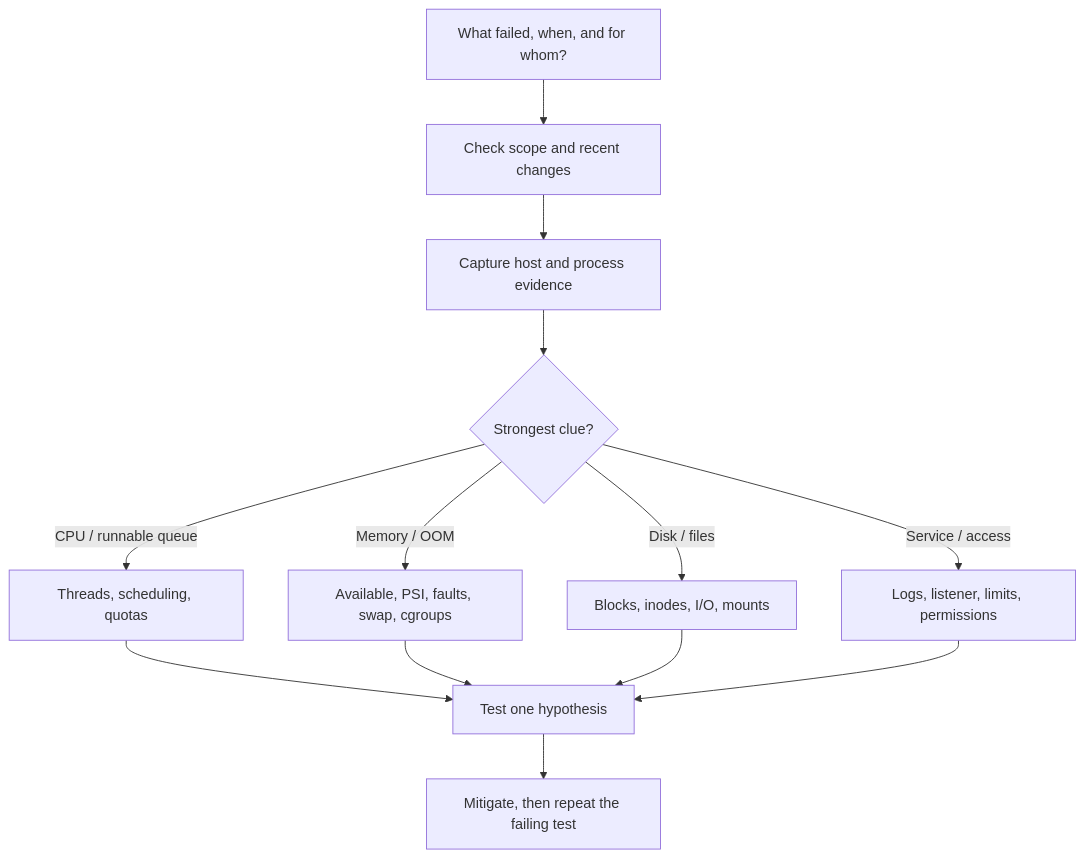
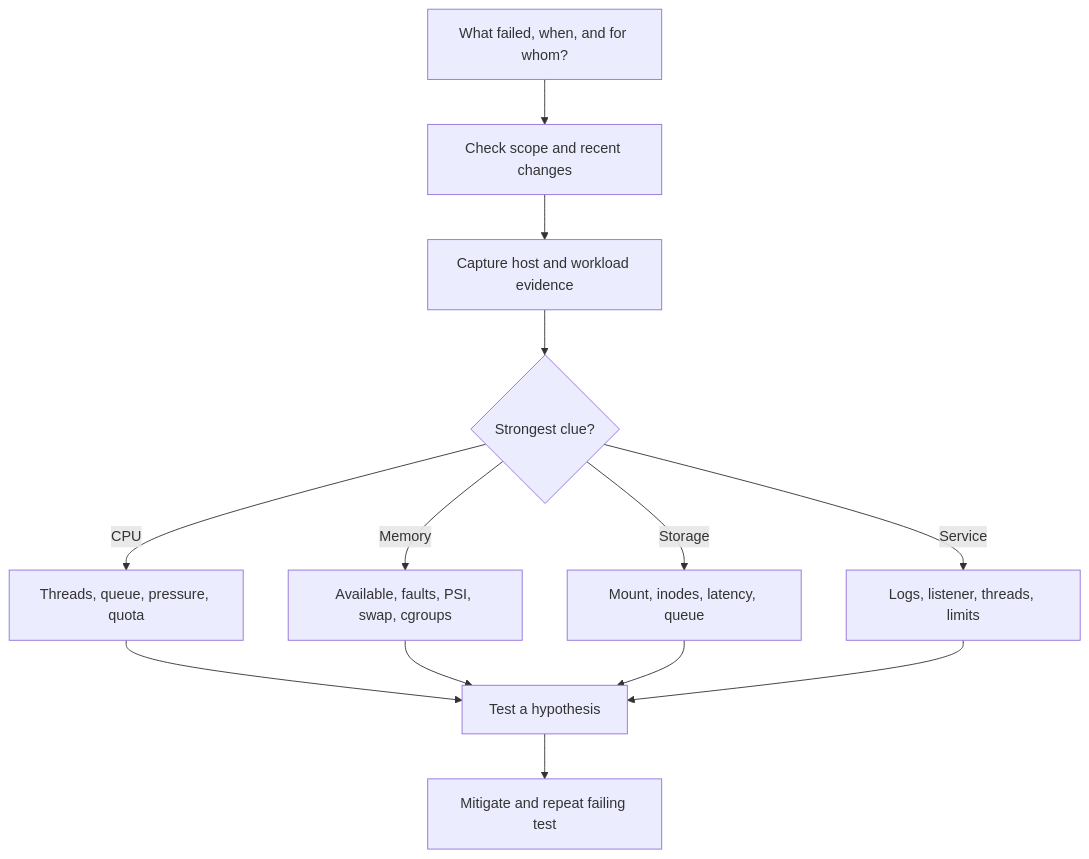
The ninth of 9 diagrams in src/content/blog/2026-09-04-systems-troubleshooting-useful-stuff.md (tiendu/tiendu.github.io), drawn with Mermaid before and after one commit. The commit also changed other lines of this file, not shown here.

````diff
--- a/src/content/blog/2026-09-04-systems-troubleshooting-useful-stuff.md
+++ b/src/content/blog/2026-09-04-systems-troubleshooting-useful-stuff.md
@@ -545,17 +829,17 @@
 ```mermaid
 flowchart TD
-    accTitle: A practical Linux incident workflow
-    accDescr: Define the symptom, locate the bottleneck, test one hypothesis, mitigate safely and verify.
+    accTitle: Evidence-driven Linux troubleshooting
+    accDescr: Establish the symptom and scope, capture evidence, follow the strongest clue, and verify the mitigation against the original failure.
     A["What failed, when, and for whom?"] --> B["Check scope and recent changes"]
-    B --> C["Capture host and process evidence"]
+    B --> C["Capture host and workload evidence"]
     C --> D{"Strongest clue?"}
-    D -->|"CPU / runnable queue"| E["Threads, scheduling, quotas"]
-    D -->|"Memory / OOM"| F["Available, PSI, faults, swap, cgroups"]
-    D -->|"Disk / files"| G["Blocks, inodes, I/O, mounts"]
-    D -->|"Service / access"| H["Logs, listener, limits, permissions"]
-    E --> I["Test one hypothesis"]
+    D -->|CPU| E["Threads, queue, pressure, quota"]
+    D -->|Memory| F["Available, faults, PSI, swap, cgroups"]
+    D -->|Storage| G["Mount, inodes, latency, queue"]
+    D -->|Service| H["Logs, listener, threads, limits"]
+    E --> I["Test a hypothesis"]
     F --> I
     G --> I
     H --> I
-    I --> J["Mitigate, then repeat the failing test"]
+    I --> J["Mitigate and repeat failing test"]
 ```
````
